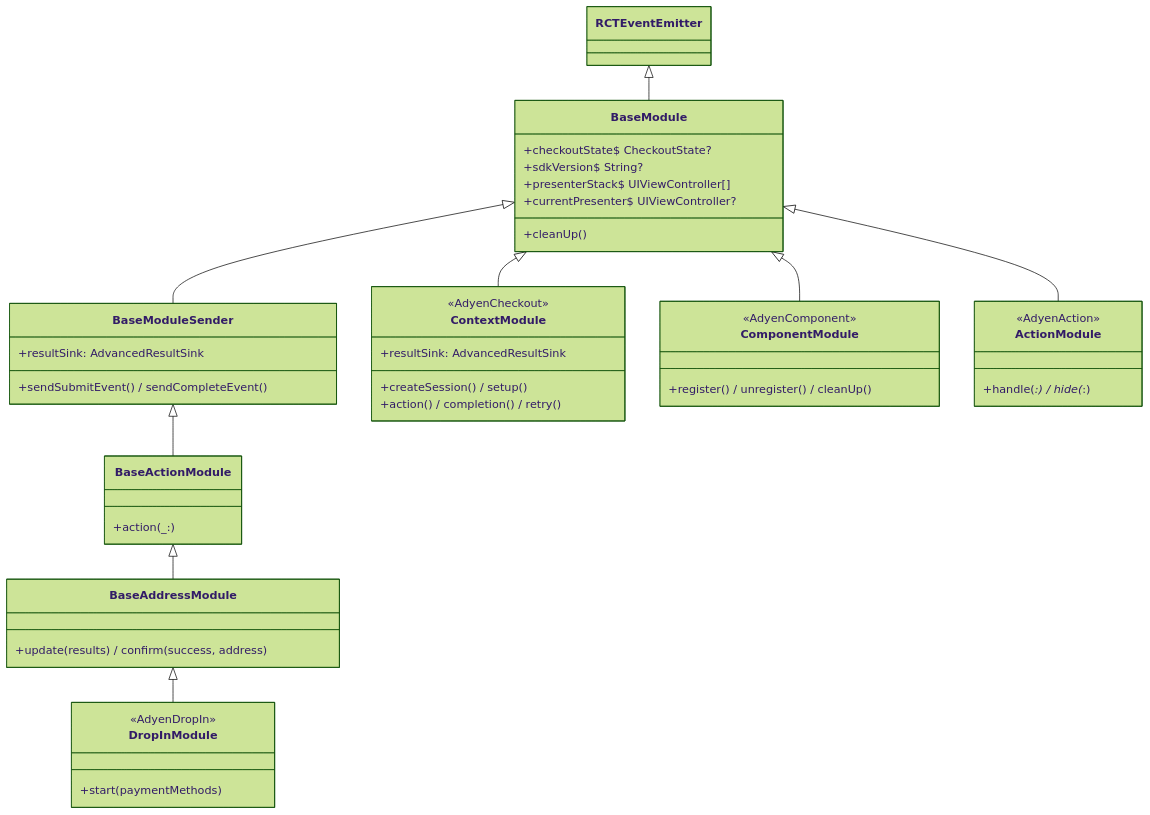
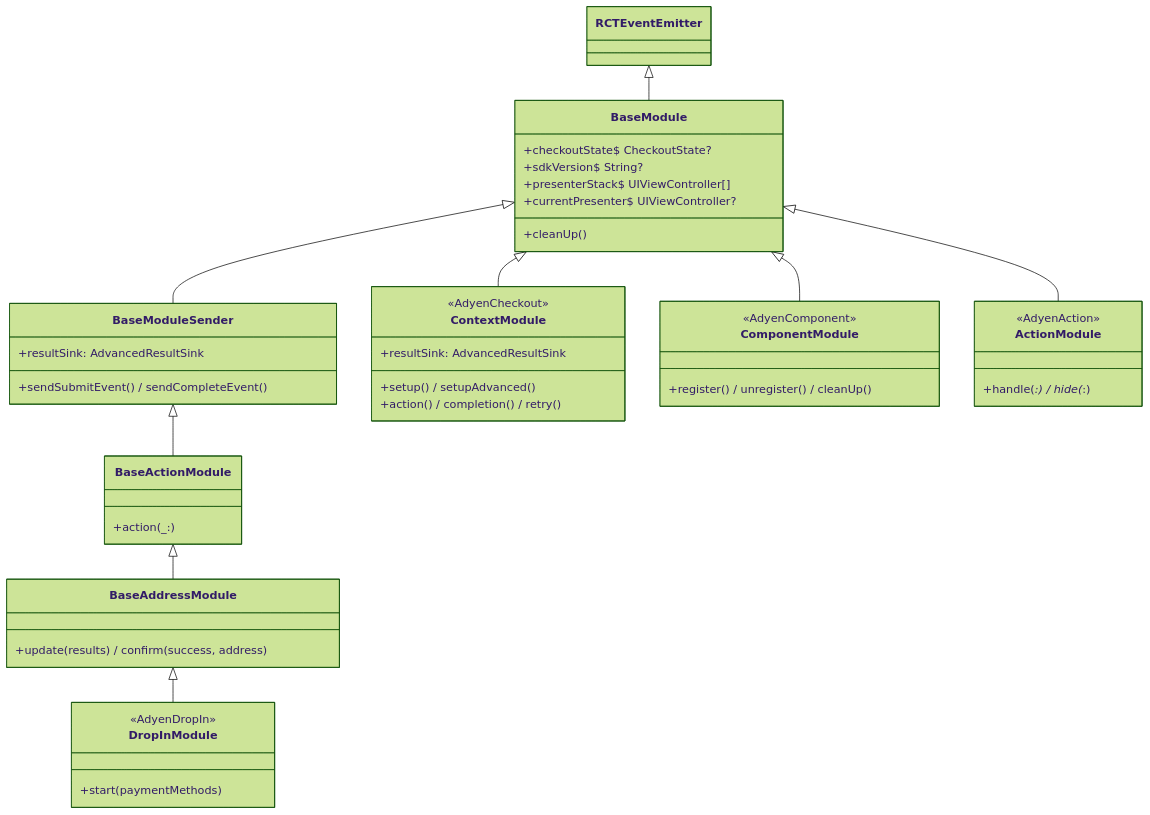
One commit to Adyen/adyen-react-native changed the second of 5 diagrams in docs/native-architecture.md. Above: the diagram before and after it, drawn with Mermaid (forest theme). The commit also changed other lines of this file, not shown here.

Commit message:
docs: correct native ContextModule setup labels and Drop-in state edge

````diff
--- a/docs/native-architecture.md
+++ b/docs/native-architecture.md
@@ -38,48 +41,48 @@
 ```mermaid
 classDiagram
   class RCTEventEmitter
   class BaseModule {
     +checkoutState$ CheckoutState?
     +sdkVersion$ String?
     +presenterStack$ UIViewController[]
     +currentPresenter$ UIViewController?
     +cleanUp()
   }
   class BaseModuleSender {
     +resultSink: AdvancedResultSink
     +sendSubmitEvent() / sendCompleteEvent()
   }
   class BaseActionModule {
     +action(_:)
   }
   class BaseAddressModule {
     +update(results) / confirm(success, address)
   }
   class ContextModule {
     <<AdyenCheckout>>
     +resultSink: AdvancedResultSink
-    +createSession() / setup()
+    +setup() / setupAdvanced()
     +action() / completion() / retry()
   }
   class ComponentModule {
     <<AdyenComponent>>
     +register() / unregister() / cleanUp()
   }
   class DropInModule {
     <<AdyenDropIn>>
     +start(paymentMethods)
   }
   class ActionModule {
     <<AdyenAction>>
     +handle(_:) / hide(_:)
   }
 
   RCTEventEmitter <|-- BaseModule
   BaseModule <|-- ContextModule
   BaseModule <|-- ComponentModule
   BaseModule <|-- ActionModule
   BaseModule <|-- BaseModuleSender
   BaseModuleSender <|-- BaseActionModule
   BaseActionModule <|-- BaseAddressModule
   BaseAddressModule <|-- DropInModule
 ```
````
